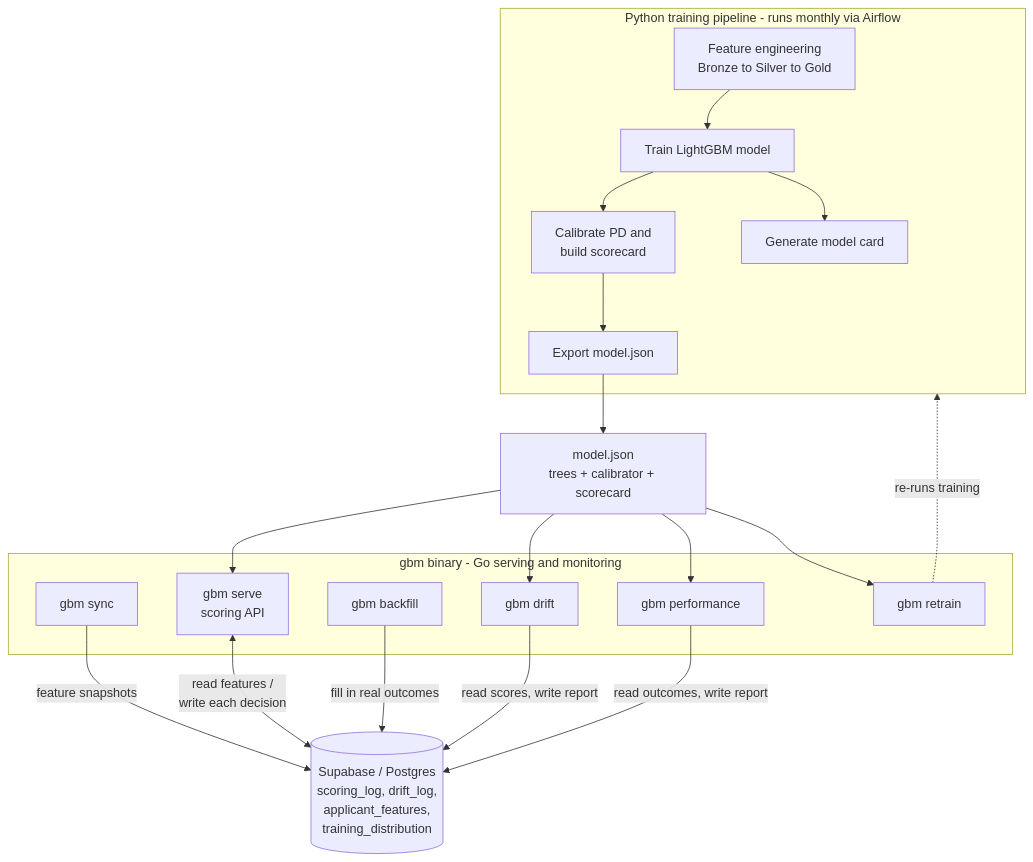
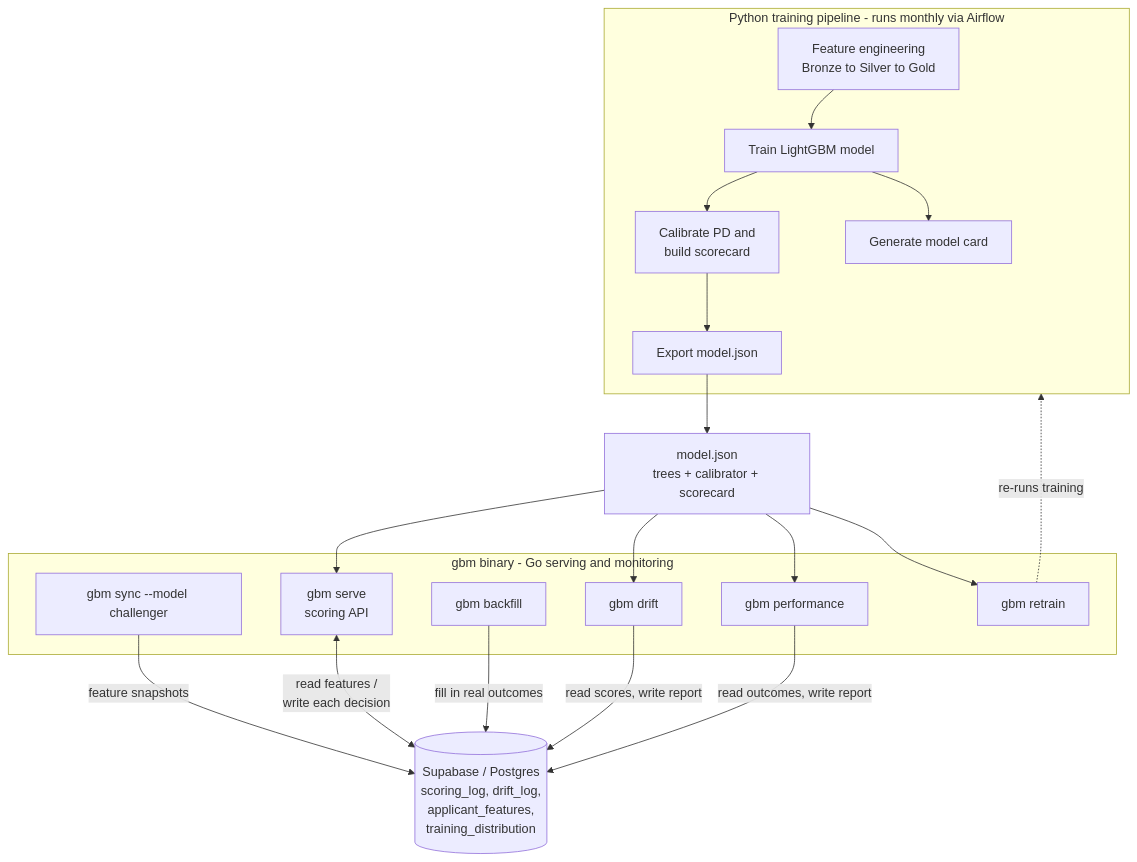
Before and after one commit to BoraKaraman1/credit-risk-agent-GBM: the first of 7 diagrams in docs/credit-risk-domain.md, drawn with Mermaid. The commit also changed 20 other files, not shown here.

````diff
--- a/docs/credit-risk-domain.md
+++ b/docs/credit-risk-domain.md
@@ -32,38 +32,38 @@
 ```mermaid
 flowchart TB
     subgraph PIPE["Python training pipeline - runs monthly via Airflow"]
         feat["Feature engineering<br/>Bronze to Silver to Gold"]
         tr["Train LightGBM model"]
         cal["Calibrate PD and<br/>build scorecard"]
         mc["Generate model card"]
         ex["Export model.json"]
         feat --> tr --> cal --> ex
         tr --> mc
     end
 
     art["model.json<br/>trees + calibrator + scorecard"]
     ex --> art
 
     subgraph SVC["gbm binary - Go serving and monitoring"]
         serve["gbm serve<br/>scoring API"]
-        sync["gbm sync"]
+        sync["gbm sync --model challenger"]
         drift["gbm drift"]
         perf["gbm performance"]
         back["gbm backfill"]
         retr["gbm retrain"]
     end
 
     db[("Supabase / Postgres<br/>scoring_log, drift_log,<br/>applicant_features,<br/>training_distribution")]
 
     art --> serve
     art --> drift
     art --> perf
     art --> retr
 
     sync -->|"feature snapshots"| db
     serve <-->|"read features /<br/>write each decision"| db
     back -->|"fill in real outcomes"| db
     drift -->|"read scores, write report"| db
     perf -->|"read outcomes, write report"| db
     retr -.->|"re-runs training"| PIPE
 ```
````
